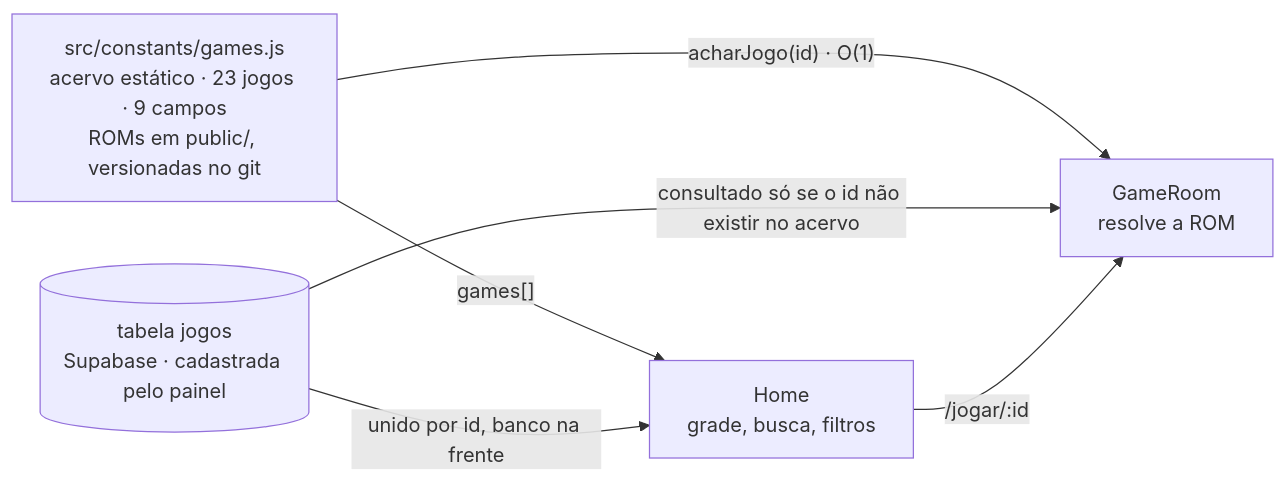
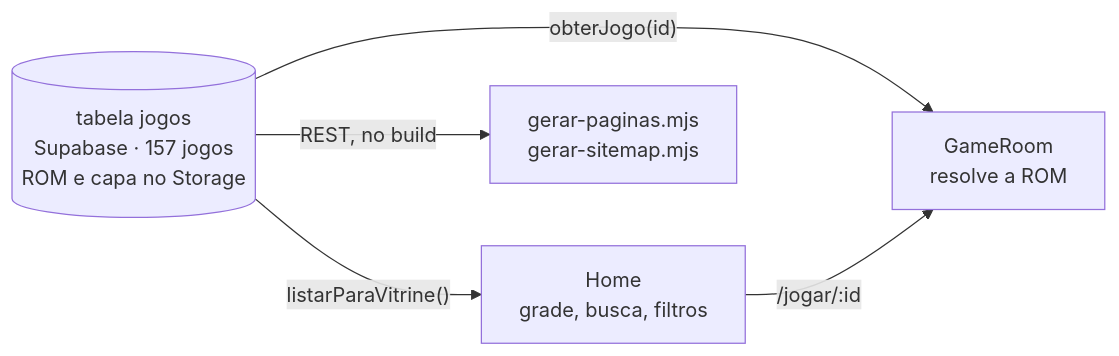
Before and after one commit to Assopra-fita/Sopra-Fitas: the first of 4 diagrams in docs/CATALOGO-DE-JOGOS.md, drawn with Mermaid. The commit also changed other lines of this file and 8 other files, not shown here.

````diff
--- a/docs/CATALOGO-DE-JOGOS.md
+++ b/docs/CATALOGO-DE-JOGOS.md
@@ -18,13 +18,10 @@
 ```mermaid
 flowchart LR
-    EST["src/constants/games.js<br/>acervo estático · 23 jogos · 9 campos<br/>ROMs em public/, versionadas no git"]
-    SUP[("tabela jogos<br/>Supabase · cadastrada pelo painel")]
+    SUP[("tabela jogos<br/>Supabase · 157 jogos<br/>ROM e capa no Storage")]
 
-    EST -->|"games[]"| HOME["Home<br/>grade, busca, filtros"]
-    SUP -->|"unido por id, banco na frente"| HOME
-
-    EST -->|"acharJogo(id) · O(1)"| GAME["GameRoom<br/>resolve a ROM"]
-    SUP -->|"consultado só se o id não existir no acervo"| GAME
+    SUP -->|"listarParaVitrine()"| HOME["Home<br/>grade, busca, filtros"]
+    SUP -->|"obterJogo(id)"| GAME["GameRoom<br/>resolve a ROM"]
+    SUP -->|"REST, no build"| SEO["gerar-paginas.mjs<br/>gerar-sitemap.mjs"]
 
     HOME -->|"/jogar/:id"| GAME
 ```
````
